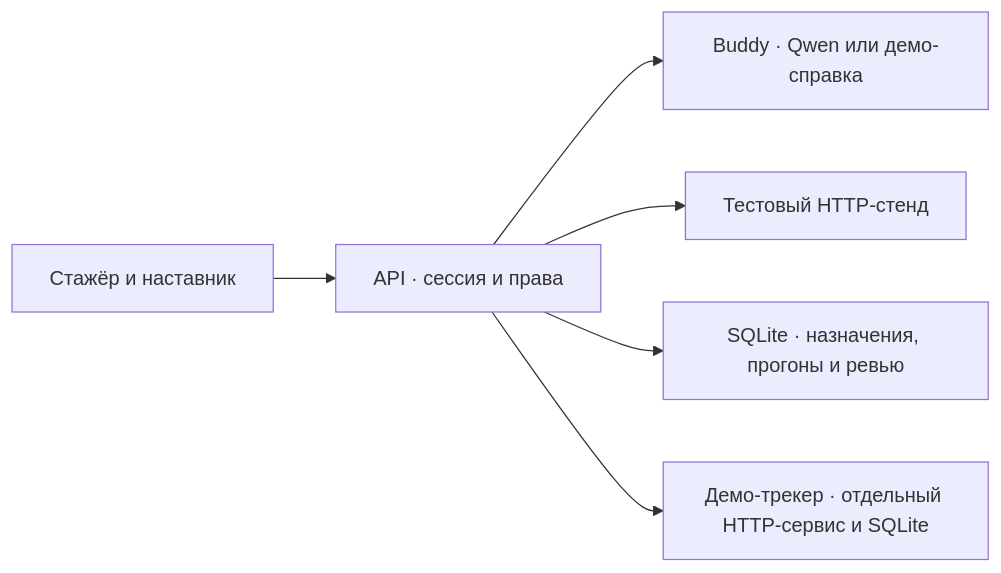
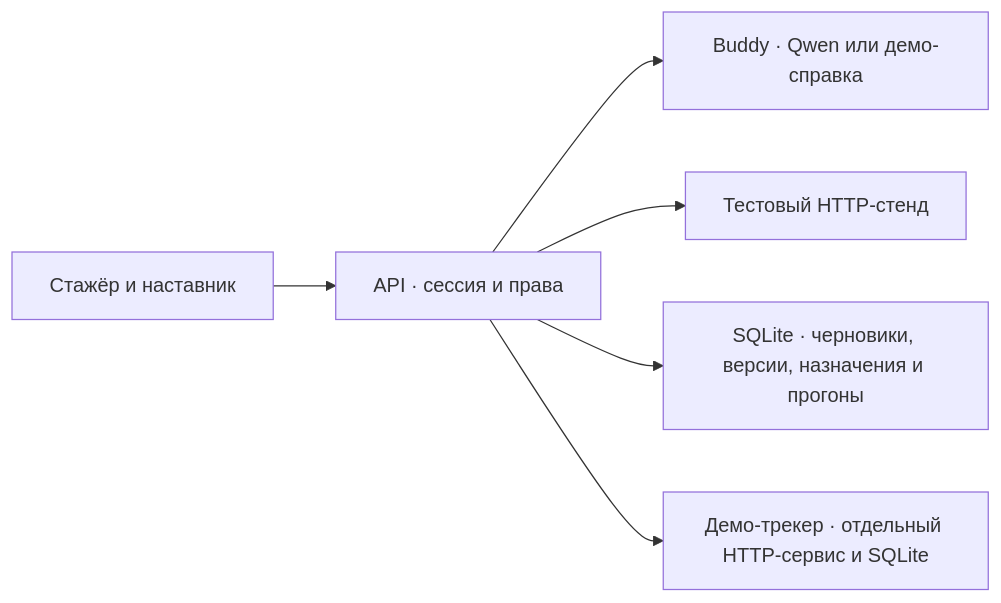
One commit to Dteaher/avito-ai-buddy changed the diagram in README.md. Above: the diagram before and after it, drawn with Mermaid. The commit also changed other lines of this file and 30 other files, not shown here.

````diff
--- a/README.md
+++ b/README.md
@@ -69,8 +81,8 @@
 ```mermaid
 flowchart LR
     UI["Стажёр и наставник"] --> API["API · сессия и права"]
     API --> Buddy["Buddy · Qwen или демо-справка"]
     API --> Stand["Тестовый HTTP-стенд"]
-    API --> DB["SQLite · назначения, прогоны и ревью"]
+    API --> DB["SQLite · черновики, версии, назначения и прогоны"]
     API --> Tracker["Демо-трекер · отдельный HTTP-сервис и SQLite"]
 ```
````
